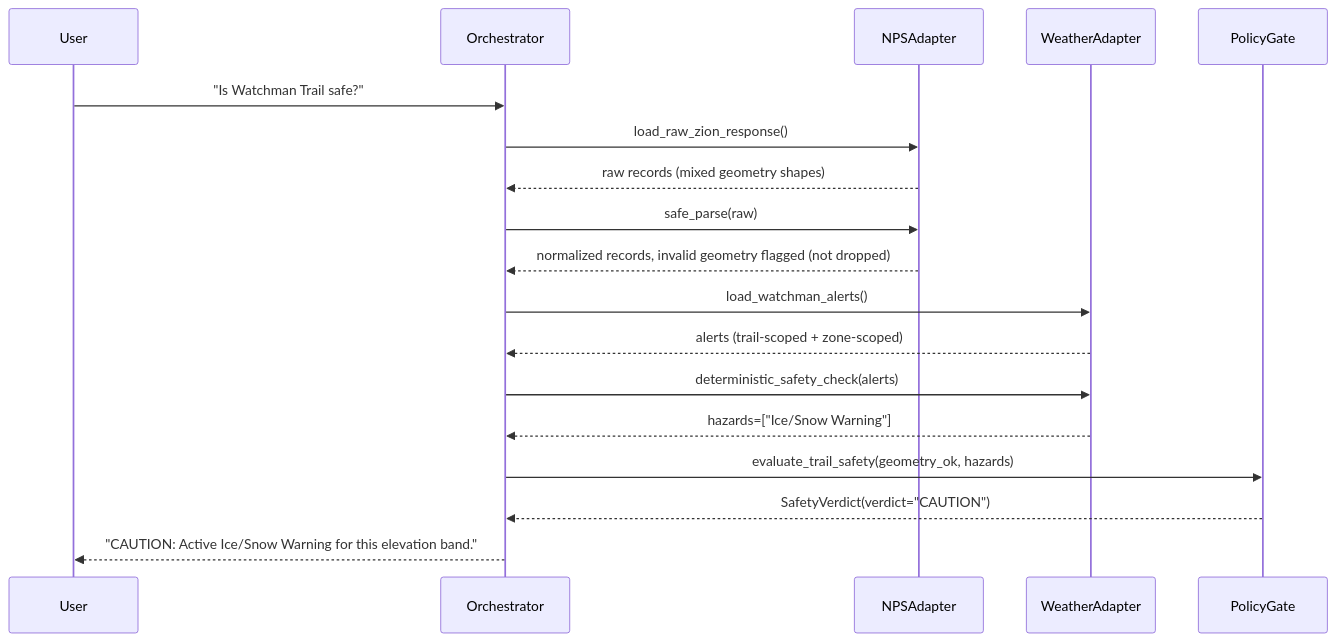
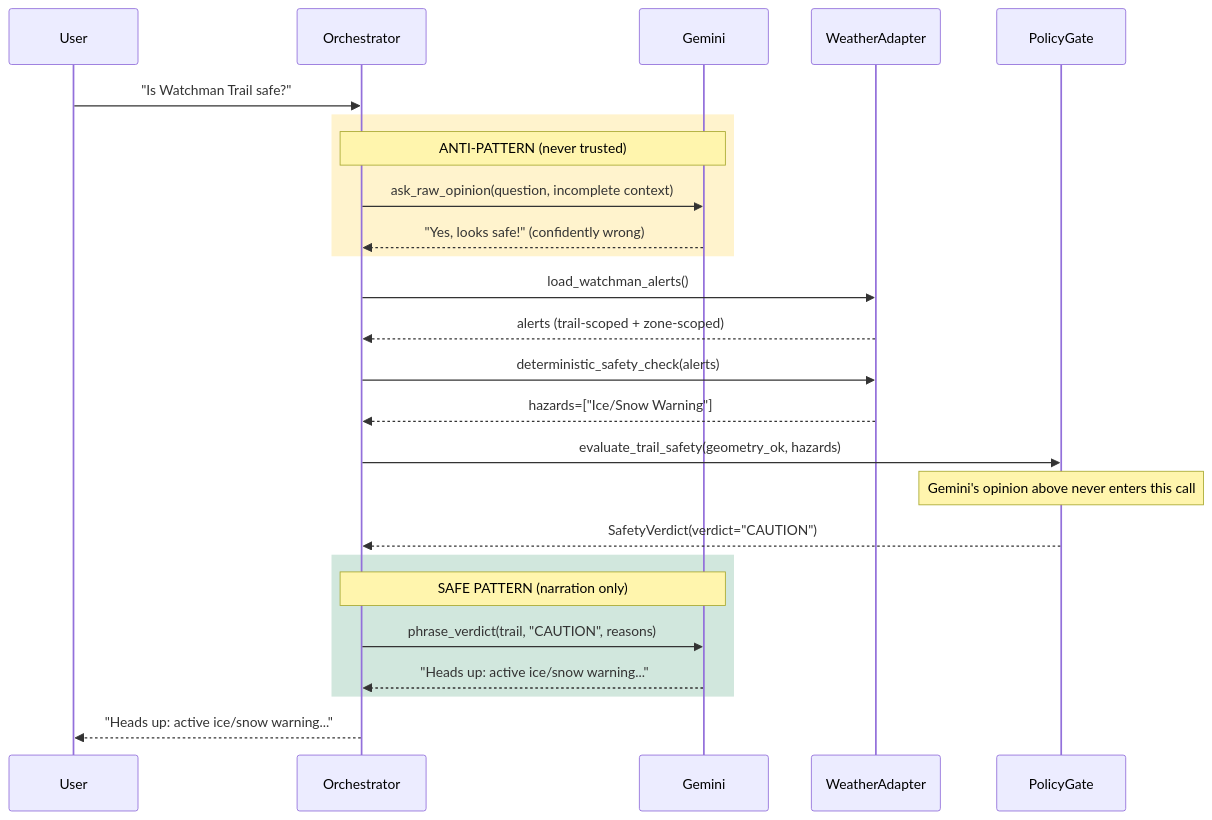
The diagram in workflow/02_orchestrator_sequence.md (mohitagr18/ch01-production-reality), drawn with Mermaid before and after one commit. The commit also changed other lines of this file and 18 other files, not shown here.

Commit message:
Add real Gemini 2.5 Flash integration: anti-pattern vs safe-pattern LLM calls, policy isolation tests, uv+google-genai dependency

````diff
--- a/workflow/02_orchestrator_sequence.md
+++ b/workflow/02_orchestrator_sequence.md
@@ -6,23 +6,33 @@
 ```mermaid
 sequenceDiagram
     participant User
     participant Orchestrator
-    participant NPSAdapter
+    participant Gemini
     participant WeatherAdapter
     participant PolicyGate
 
     User->>Orchestrator: "Is Watchman Trail safe?"
-    Orchestrator->>NPSAdapter: load_raw_zion_response()
-    NPSAdapter-->>Orchestrator: raw records (mixed geometry shapes)
-    Orchestrator->>NPSAdapter: safe_parse(raw)
-    NPSAdapter-->>Orchestrator: normalized records, invalid geometry flagged (not dropped)
+
+    rect rgb(255, 243, 205)
+    Note over Orchestrator,Gemini: ANTI-PATTERN (never trusted)
+    Orchestrator->>Gemini: ask_raw_opinion(question, incomplete context)
+    Gemini-->>Orchestrator: "Yes, looks safe!" (confidently wrong)
+    end
 
     Orchestrator->>WeatherAdapter: load_watchman_alerts()
     WeatherAdapter-->>Orchestrator: alerts (trail-scoped + zone-scoped)
     Orchestrator->>WeatherAdapter: deterministic_safety_check(alerts)
     WeatherAdapter-->>Orchestrator: hazards=["Ice/Snow Warning"]
 
     Orchestrator->>PolicyGate: evaluate_trail_safety(geometry_ok, hazards)
+    Note over PolicyGate: Gemini's opinion above never enters this call
     PolicyGate-->>Orchestrator: SafetyVerdict(verdict="CAUTION")
-    Orchestrator-->>User: "CAUTION: Active Ice/Snow Warning for this elevation band."
+
+    rect rgb(209, 231, 221)
+    Note over Orchestrator,Gemini: SAFE PATTERN (narration only)
+    Orchestrator->>Gemini: phrase_verdict(trail, "CAUTION", reasons)
+    Gemini-->>Orchestrator: "Heads up: active ice/snow warning..."
+    end
+
+    Orchestrator-->>User: "Heads up: active ice/snow warning..."
 ```
````
